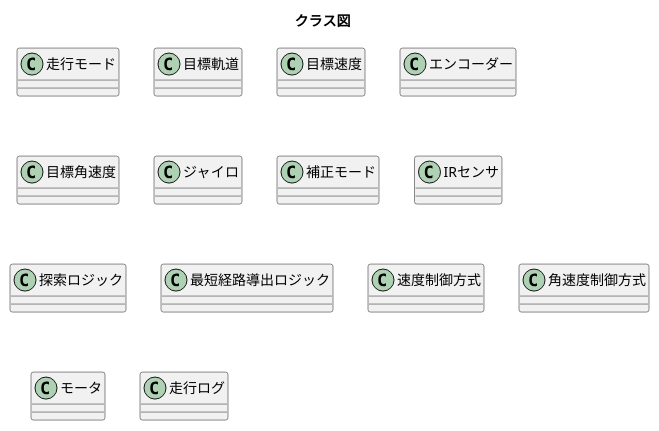
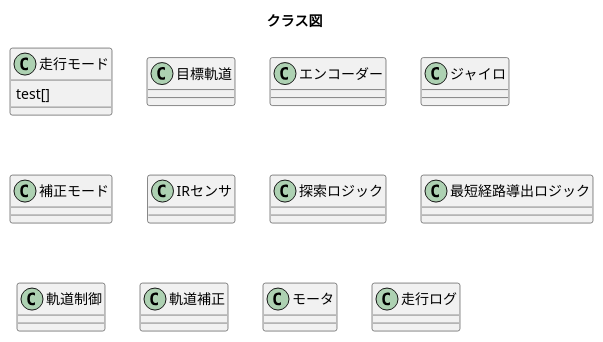
One commit to okada-y/micromouse changed the diagram in uml/class.pu. Above: the diagram before and after it, drawn with PlantUML. The commit also changed other lines of this file, not shown here.

```diff
--- a/uml/class.pu
+++ b/uml/class.pu
@@ -1,20 +1,19 @@
 @startuml
 title クラス図
 
 class 走行モード
+走行モード : test[]
+
 Class 目標軌道
-class 目標速度
 class エンコーダー
-class 目標角速度
 class ジャイロ
 class 補正モード
 class IRセンサ
 class 探索ロジック
 class 最短経路導出ロジック
-class 速度制御方式
-class 角速度制御方式
+class 軌道制御
+class 軌道補正
 class モータ
 class 走行ログ
 
-
 @enduml
```
